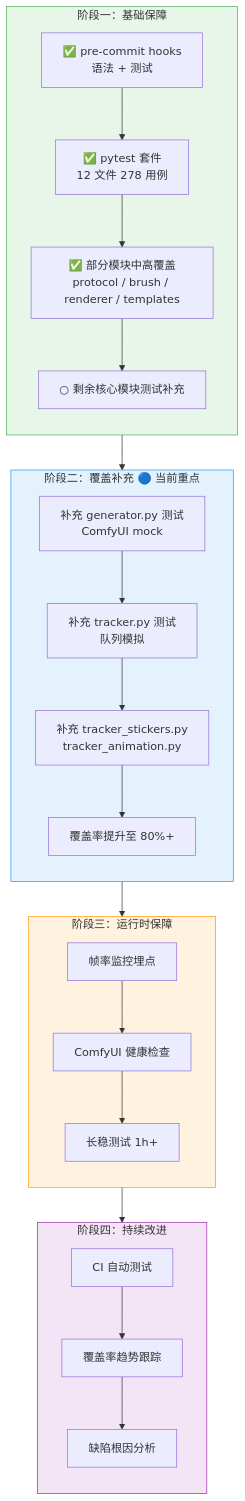
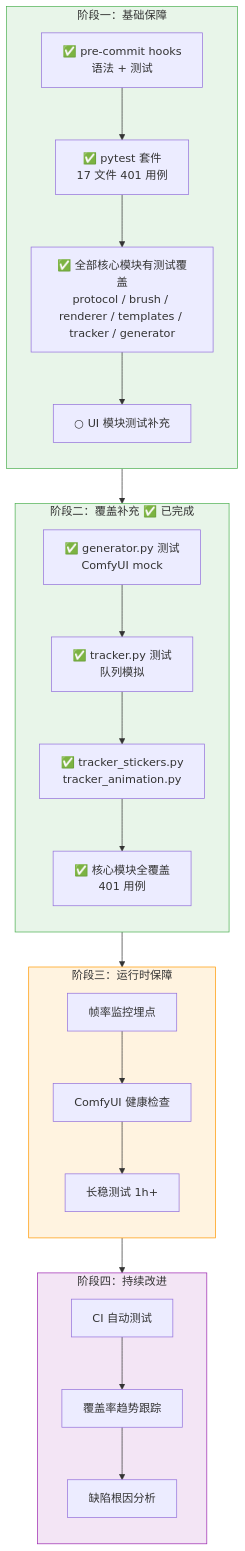
The second of 6 diagrams in docs/QUALITY_PLAN.md (wwwhhh333/FaceDoodle), drawn with Mermaid before and after one commit. The commit also changed other lines of this file and 18 other files, not shown here.

````diff
--- a/docs/QUALITY_PLAN.md
+++ b/docs/QUALITY_PLAN.md
@@ -158,36 +159,36 @@
 ```mermaid
 flowchart TD
     subgraph P1["阶段一：基础保障"]
         direction TB
-        A1["✅ pre-commit hooks<br/>语法 + 测试"] --> A2["✅ pytest 套件<br/>12 文件 278 用例"]
-        A2 --> A3["✅ 部分模块中高覆盖<br/>protocol / brush / renderer / templates"]
-        A3 --> A4["○ 剩余核心模块测试补充"]
+        A1["✅ pre-commit hooks<br/>语法 + 测试"] --> A2["✅ pytest 套件<br/>17 文件 401 用例"]
+        A2 --> A3["✅ 全部核心模块有测试覆盖<br/>protocol / brush / renderer / templates / tracker / generator"]
+        A3 --> A4["○ UI 模块测试补充"]
         style P1 fill:#e8f5e9,stroke:#4caf50
     end
-    subgraph P2["阶段二：覆盖补充  🔵 当前重点"]
+    subgraph P2["阶段二：覆盖补充  ✅ 已完成"]
         direction TB
-        B1["补充 generator.py 测试<br/>ComfyUI mock"]
-        B2["补充 tracker.py 测试<br/>队列模拟"]
-        B3["补充 tracker_stickers.py<br/>tracker_animation.py"]
-        B4["覆盖率提升至 80%+"]
+        B1["✅ generator.py 测试<br/>ComfyUI mock"]
+        B2["✅ tracker.py 测试<br/>队列模拟"]
+        B3["✅ tracker_stickers.py<br/>tracker_animation.py"]
+        B4["✅ 核心模块全覆盖<br/>401 用例"]
         B1 --> B2 --> B3 --> B4
-        style P2 fill:#e3f2fd,stroke:#2196f3
+        style P2 fill:#e8f5e9,stroke:#4caf50
     end
     subgraph P3["阶段三：运行时保障"]
         direction TB
         C1["帧率监控埋点"]
         C2["ComfyUI 健康检查"]
         C3["长稳测试 1h+"]
         C1 --> C2 --> C3
         style P3 fill:#fff3e0,stroke:#ff9800
     end
     subgraph P4["阶段四：持续改进"]
         direction TB
         D1["CI 自动测试"]
         D2["覆盖率趋势跟踪"]
         D3["缺陷根因分析"]
         D1 --> D2 --> D3
         style P4 fill:#f3e5f5,stroke:#9c27b0
     end
     P1 --> P2 --> P3 --> P4
 ```
````
